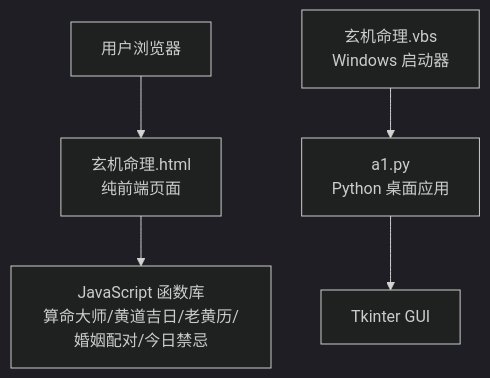
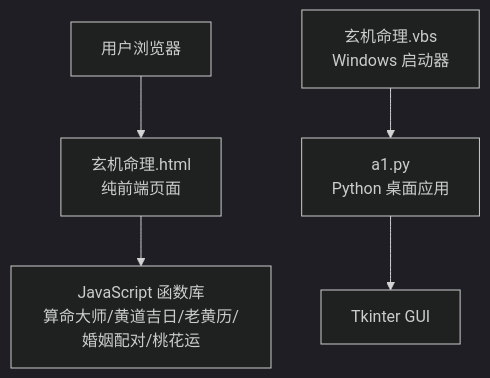
Before and after one commit to liudaba/Mysterious-Fate-Theory-One-Test-Knows: the first of 9 diagrams in .qoder/repowiki/zh/content/网页应用主文件.md, drawn with Mermaid (dark theme). The commit also changed other lines of this file and 4 other files, not shown here.

````diff
--- a/.qoder/repowiki/zh/content/网页应用主文件.md
+++ b/.qoder/repowiki/zh/content/网页应用主文件.md
@@ -46,7 +49,7 @@
 ```mermaid
 graph TB
 A["用户浏览器"] --> B["玄机命理.html<br/>纯前端页面"]
-B --> C["JavaScript 函数库<br/>算命大师/黄道吉日/老黄历/婚姻配对/今日禁忌"]
+B --> C["JavaScript 函数库<br/>算命大师/黄道吉日/老黄历/婚姻配对/桃花运"]
 D["a1.py<br/>Python 桌面应用"] --> E["Tkinter GUI"]
 F["玄机命理.vbs<br/>Windows 启动器"] --> D
 ```
````
